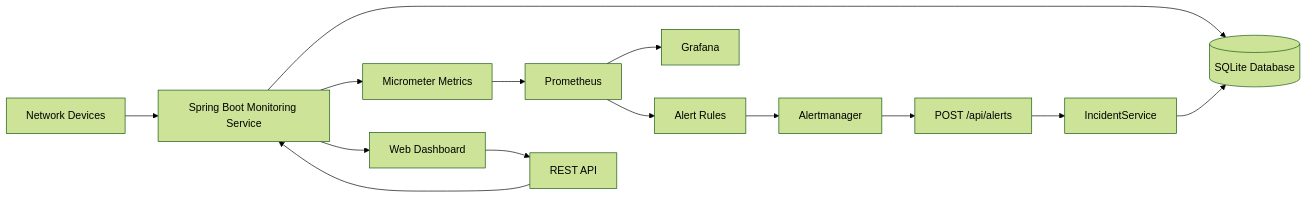
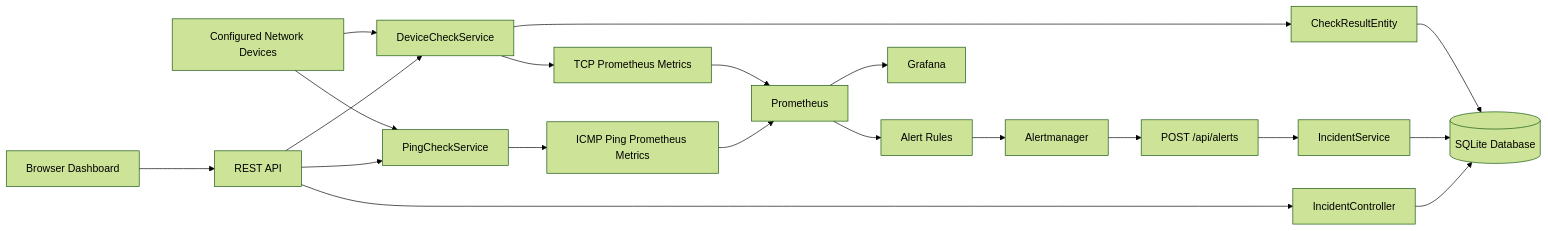
Before and after one commit to Inkzxd/Netzwerk-Monitoring-Dashboard-mit-Automatisierung: the first of 6 diagrams in docs/architecture.md, drawn with Mermaid (forest theme). The commit also changed other lines of this file and 9 other files, not shown here.

````diff
--- a/docs/architecture.md
+++ b/docs/architecture.md
@@ -9,16 +9,30 @@
 ```mermaid
 flowchart LR
-    D[Network Devices] --> S[Spring Boot Monitoring Service]
-    S --> DB[(SQLite Database)]
-    S --> M[Micrometer Metrics]
-    M --> P[Prometheus]
+    D[Configured Network Devices]
+
+    D --> TCP[DeviceCheckService]
+    D --> ICMP[PingCheckService]
+
+    TCP --> CR[CheckResultEntity]
+    CR --> DB[(SQLite Database)]
+
+    TCP --> TM[TCP Prometheus Metrics]
+    ICMP --> PM[ICMP Ping Prometheus Metrics]
+
+    TM --> P[Prometheus]
+    PM --> P
+
+    P --> AR[Alert Rules]
+    AR --> AM[Alertmanager]
+    AM --> WH[POST /api/alerts]
+    WH --> IS[IncidentService]
+    IS --> DB
+
+    UI[Browser Dashboard] --> API[REST API]
+    API --> TCP
+    API --> ICMP
+    API --> INC[IncidentController]
+    INC --> DB
+
     P --> G[Grafana]
-    P --> R[Alert Rules]
-    R --> A[Alertmanager]
-    A --> W[POST /api/alerts]
-    W --> I[IncidentService]
-    I --> DB
-    S --> UI[Web Dashboard]
-    UI --> API[REST API]
-    API --> S
 ```
````
